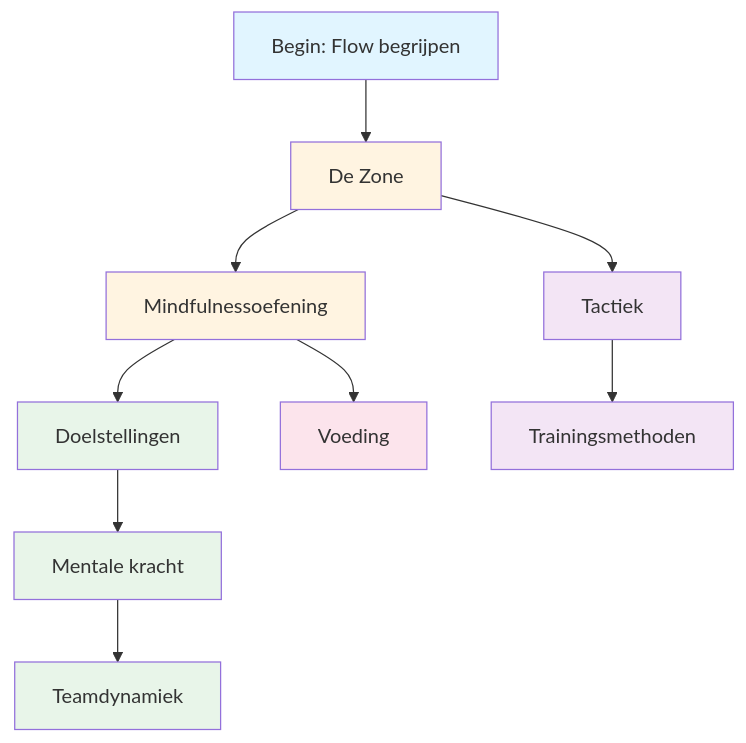
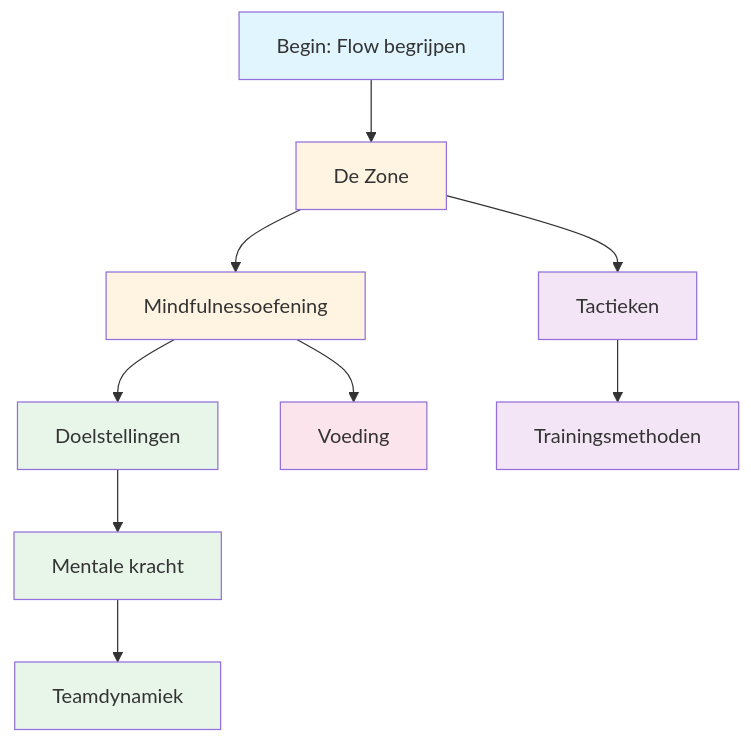
The diagram in docs/nl/education/index.md (patwii/petanque-academy), drawn with Mermaid before and after one commit. The commit also changed other lines of this file and 532 other files, not shown here.

````diff
--- a/docs/nl/education/index.md
+++ b/docs/nl/education/index.md
@@ -20,23 +20,23 @@
 ```mermaid
 graph TD
     A[Begin: Flow begrijpen] --> B[De Zone]
     B --> C[Mindfulnessoefening]
     C --> D[Doelstellingen]
     D --> E[Mentale kracht]
     E --> F[Teamdynamiek]
 
-    B --> G[Tactiek]
+    B --> G[Tactieken]
     G --> H[Trainingsmethoden]
 
     C --> I[Voeding]
 
     style A fill:#e1f5ff
     style B fill:#fff4e1
     style C fill:#fff4e1
     style D fill:#e8f5e9
     style E fill:#e8f5e9
     style F fill:#e8f5e9
     style G fill:#f3e5f5
     style H fill:#f3e5f5
     style I fill:#fce4ec
 ```
````
